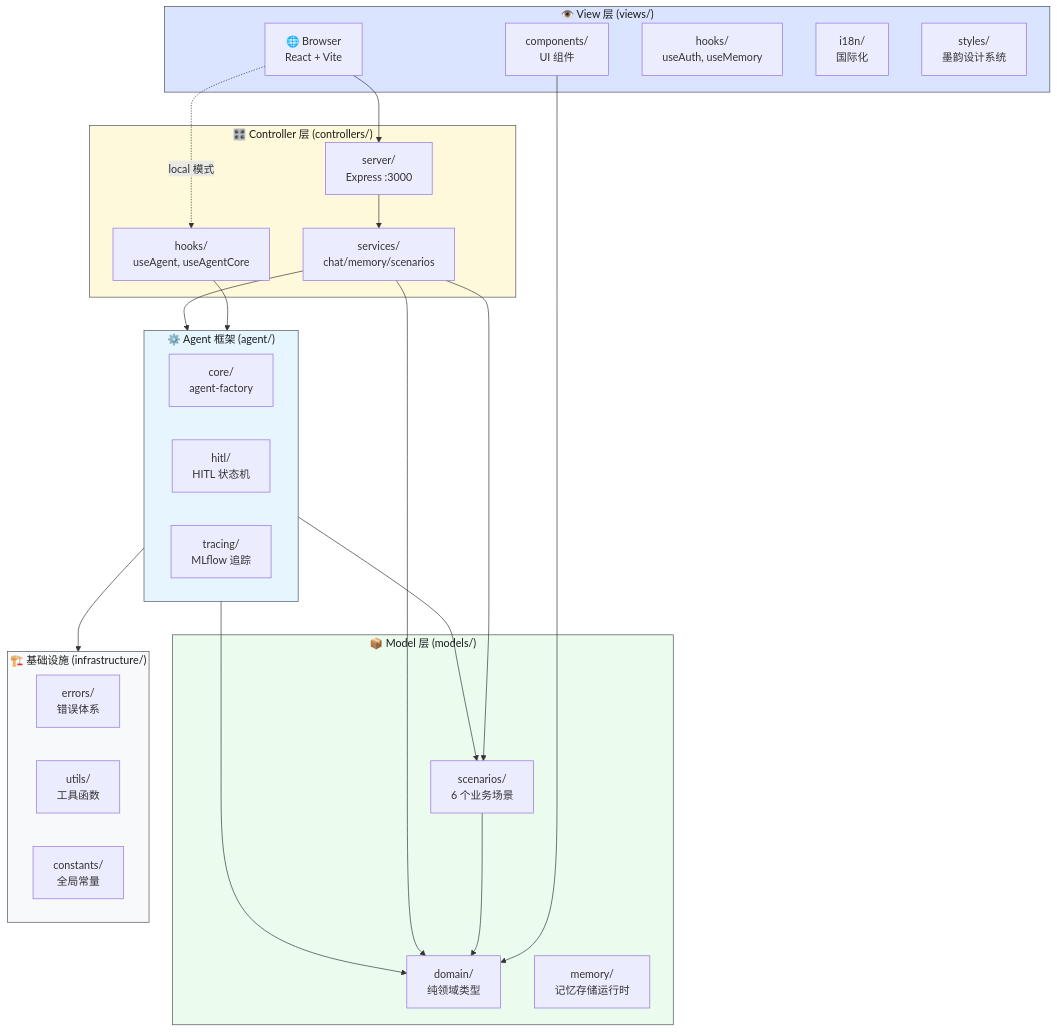
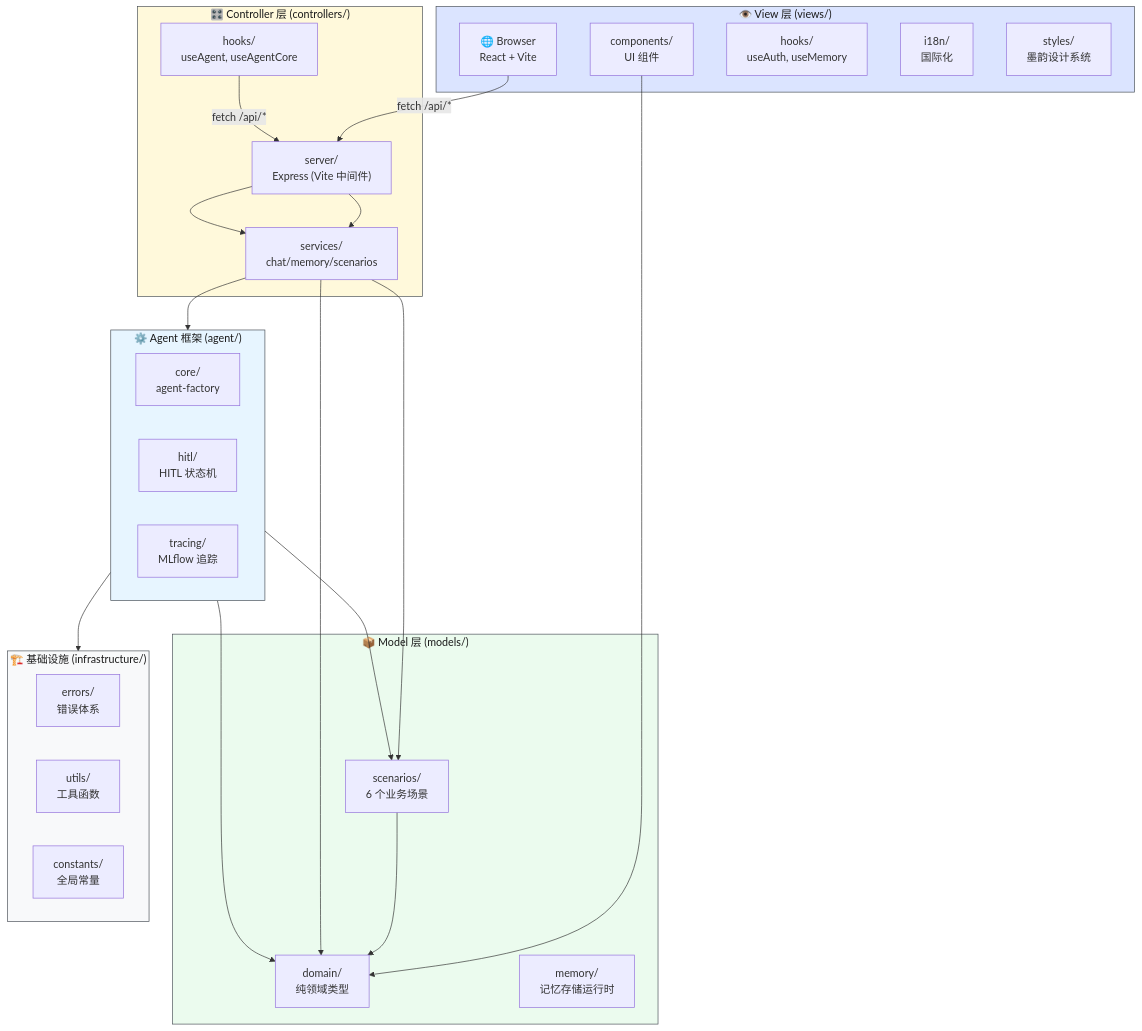
The first of 5 diagrams in src/CLAUDE.md (yjzaaa/leave-approval-agent), drawn with Mermaid before and after one commit. The commit also changed other lines of this file and 11 other files, not shown here.

First line of the commit message:
refactor: Vite 单进程启动 + axios API 客户端

````diff
--- a/src/CLAUDE.md
+++ b/src/CLAUDE.md
@@ -63,53 +64,53 @@
 ```mermaid
 graph TB
     subgraph View["👁️ View 层 (views/)"]
         Browser["🌐 Browser<br/>React + Vite"]
         Components["components/<br/>UI 组件"]
         ViewHooks["hooks/<br/>useAuth, useMemory"]
         I18n["i18n/<br/>国际化"]
         Styles["styles/<br/>墨韵设计系统"]
     end
 
     subgraph Controller["🎛️ Controller 层 (controllers/)"]
-        API["server/<br/>Express :3000"]
+        API["server/<br/>Express (Vite 中间件)"]
         CtrlHooks["hooks/<br/>useAgent, useAgentCore"]
         Services["services/<br/>chat/memory/scenarios"]
     end
 
     subgraph Model["📦 Model 层 (models/)"]
         Domain["domain/<br/>纯领域类型"]
         Scenarios["scenarios/<br/>6 个业务场景"]
         Memory["memory/<br/>记忆存储运行时"]
     end
 
     subgraph AgentInfra["⚙️ Agent 框架 (agent/)"]
         Factory["core/<br/>agent-factory"]
         HitlMgr["hitl/<br/>HITL 状态机"]
         Tracer["tracing/<br/>MLflow 追踪"]
     end
 
     subgraph Infra["🏗️ 基础设施 (infrastructure/)"]
         Errors["errors/<br/>错误体系"]
         Utils["utils/<br/>工具函数"]
         Constants["constants/<br/>全局常量"]
     end
 
-    Browser --> API
-    Browser -.->|"local 模式"| CtrlHooks
+    Browser -->|"fetch /api/*"| API
     API --> Services
-    CtrlHooks --> AgentInfra
+    CtrlHooks -->|"fetch /api/*"| API
+    API --> Services
     Services --> AgentInfra
     Services --> Scenarios
     AgentInfra --> Scenarios
     Components --> Domain
     Scenarios --> Domain
     Services --> Domain
     AgentInfra --> Infra
     AgentInfra --> Domain
 
     style View fill:#dbe4ff,stroke:#495057,color:#1a1a1a
     style Controller fill:#fff9db,stroke:#495057,color:#1a1a1a
     style Model fill:#ebfbee,stroke:#495057,color:#1a1a1a
     style AgentInfra fill:#e7f5ff,stroke:#495057,color:#1a1a1a
     style Infra fill:#f8f9fa,stroke:#495057,color:#1a1a1a
 ```
````
